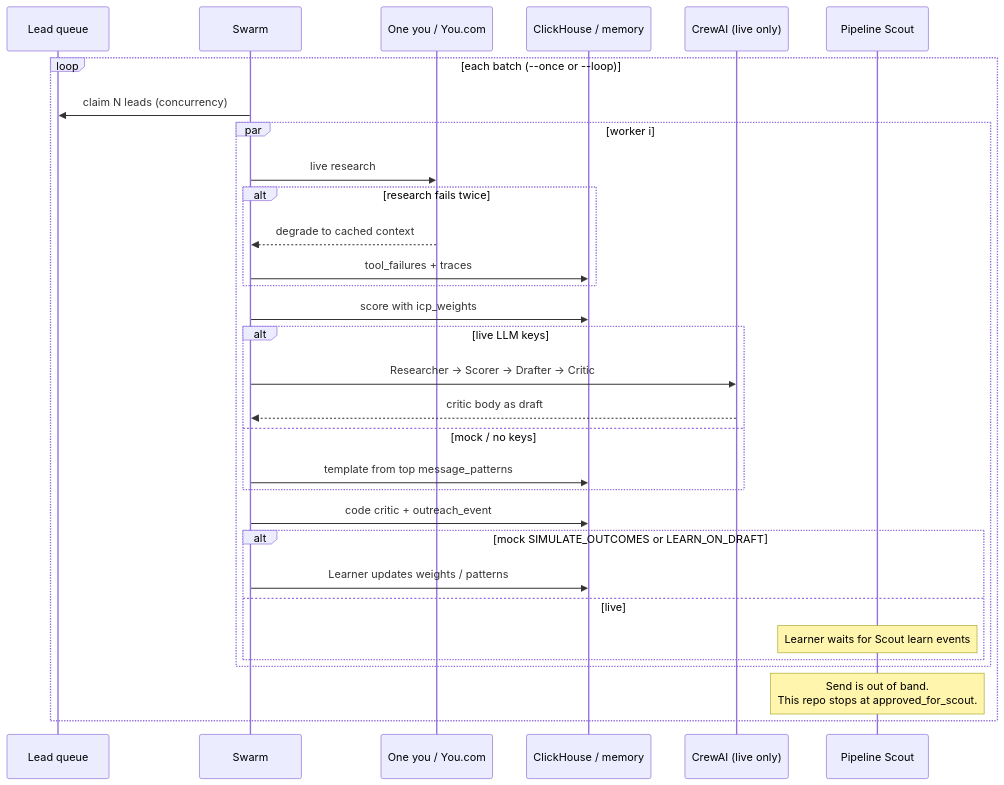
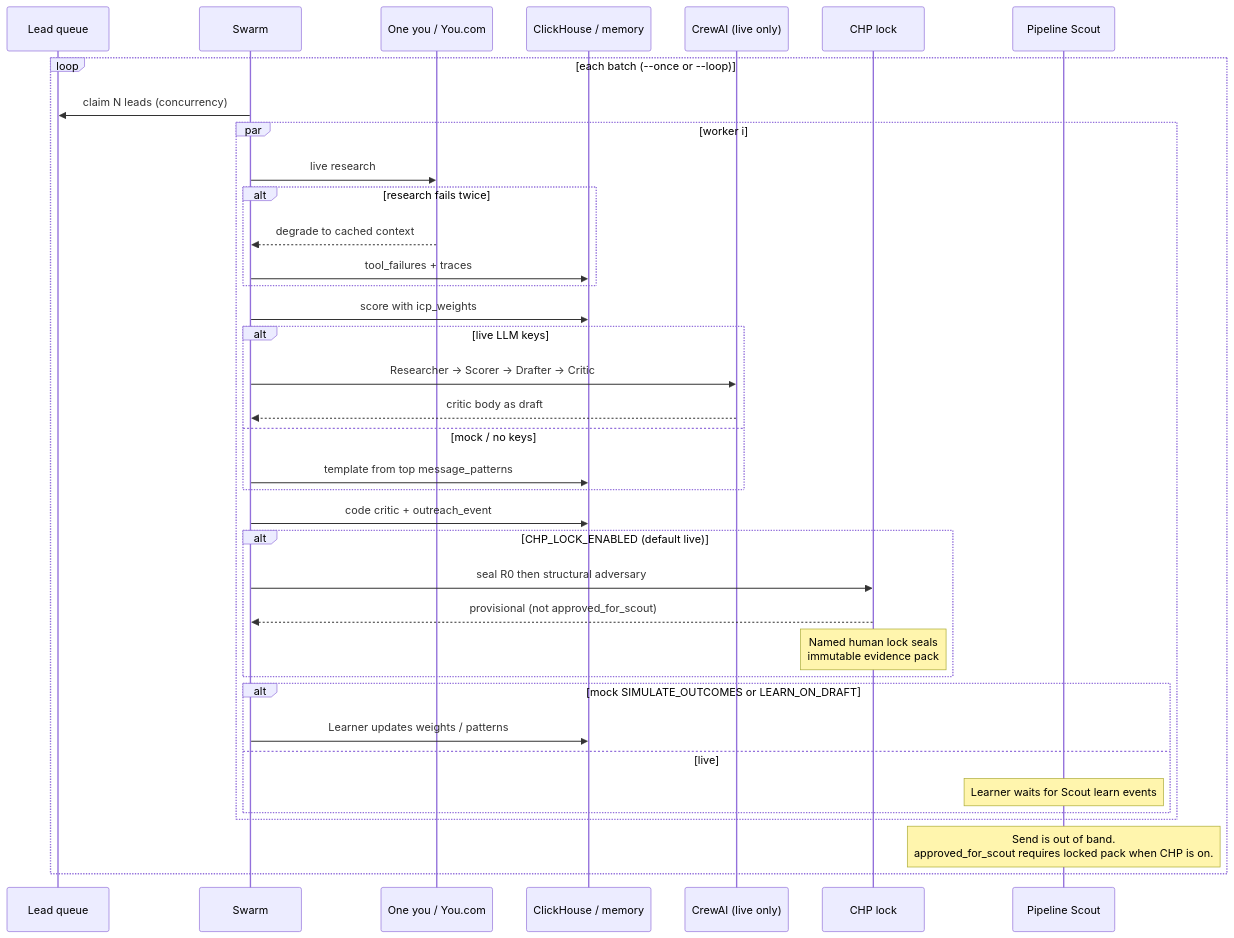
The second of 2 diagrams in README.md (Cubiczan/self-improving-outreach), drawn with Mermaid before and after one commit. The commit also changed other lines of this file and 30 other files, not shown here.

First line of the commit message:
Implement CHP decision lock before approved_for_scout.

````diff
--- a/README.md
+++ b/README.md
@@ -137,34 +147,40 @@
 ```mermaid
 sequenceDiagram
   participant Q as Lead queue
   participant Sw as Swarm
   participant You as One you / You.com
   participant Store as ClickHouse / memory
   participant Crew as CrewAI (live only)
+  participant CHP as CHP lock
   participant Scout as Pipeline Scout
 
   loop each batch (--once or --loop)
     Sw->>Q: claim N leads (concurrency)
     par worker i
       Sw->>You: live research
       alt research fails twice
         You-->>Sw: degrade to cached context
         Sw->>Store: tool_failures + traces
       end
       Sw->>Store: score with icp_weights
       alt live LLM keys
         Sw->>Crew: Researcher → Scorer → Drafter → Critic
         Crew-->>Sw: critic body as draft
       else mock / no keys
         Sw->>Store: template from top message_patterns
       end
       Sw->>Store: code critic + outreach_event
+      alt CHP_LOCK_ENABLED (default live)
+        Sw->>CHP: seal R0 then structural adversary
+        CHP-->>Sw: provisional (not approved_for_scout)
+        Note over CHP: Named human lock seals<br/>immutable evidence pack
+      end
       alt mock SIMULATE_OUTCOMES or LEARN_ON_DRAFT
         Sw->>Store: Learner updates weights / patterns
       else live
         Note over Scout: Learner waits for Scout learn events
       end
     end
-    Note over Scout: Send is out of band.<br/>This repo stops at approved_for_scout.
+    Note over Scout: Send is out of band.<br/>approved_for_scout requires locked pack when CHP is on.
   end
 ```
````
